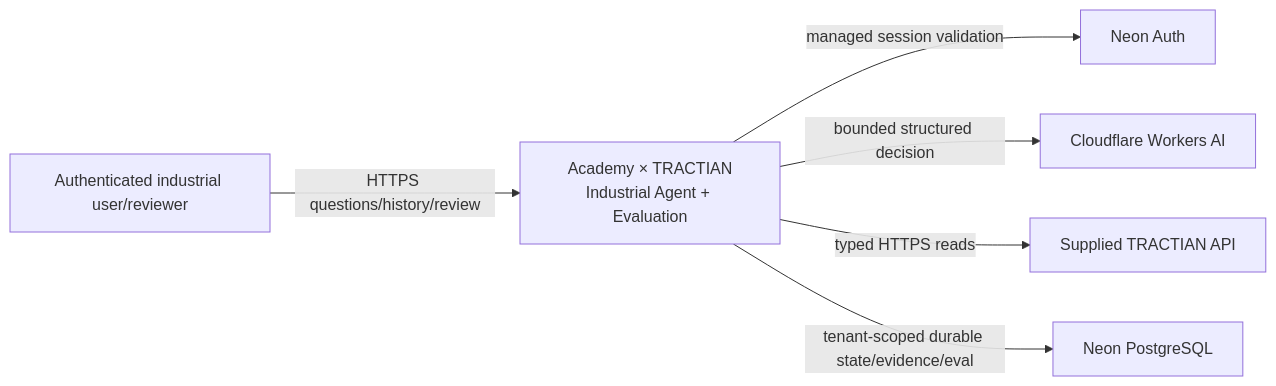
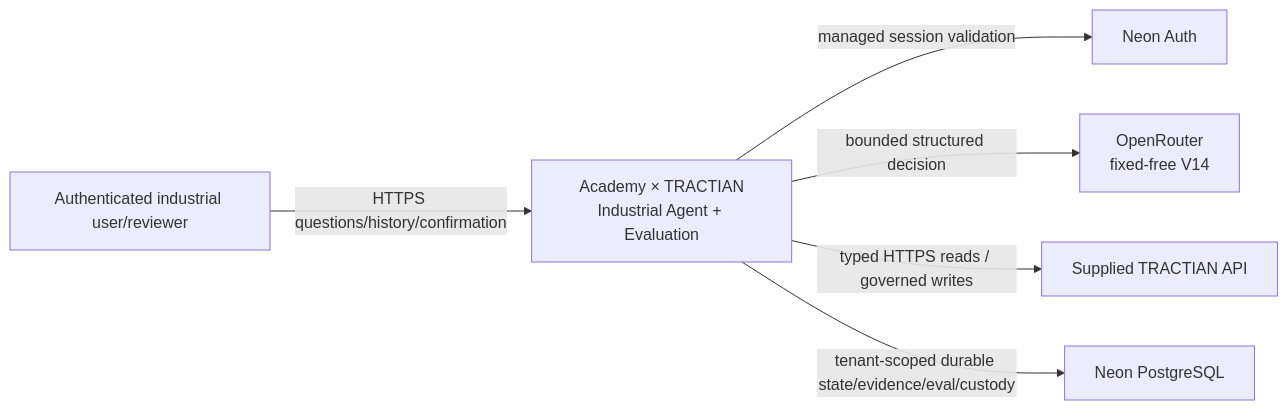
One commit to pablo-marchina/academy-tractian changed the first of 4 diagrams in docs/ARCHITECTURE.md. Above: the diagram before and after it, drawn with Mermaid. The commit also changed other lines of this file, not shown here.

Commit message:
docs: synchronize architecture with V14 and governed actions

````diff
--- a/docs/ARCHITECTURE.md
+++ b/docs/ARCHITECTURE.md
@@ -13,15 +13,15 @@
 ```mermaid
 flowchart LR
     U[Authenticated industrial user/reviewer]
     S[Academy × TRACTIAN\nIndustrial Agent + Evaluation]
     A[Neon Auth]
-    P[Cloudflare Workers AI]
+    P[OpenRouter\nfixed-free V14]
     T[Supplied TRACTIAN API]
     D[Neon PostgreSQL]
 
-    U -->|HTTPS questions/history/review| S
+    U -->|HTTPS questions/history/confirmation| S
     S -->|managed session validation| A
     S -->|bounded structured decision| P
-    S -->|typed HTTPS reads| T
-    S -->|tenant-scoped durable state/evidence/eval| D
+    S -->|typed HTTPS reads / governed writes| T
+    S -->|tenant-scoped durable state/evidence/eval/custody| D
 ```
````
